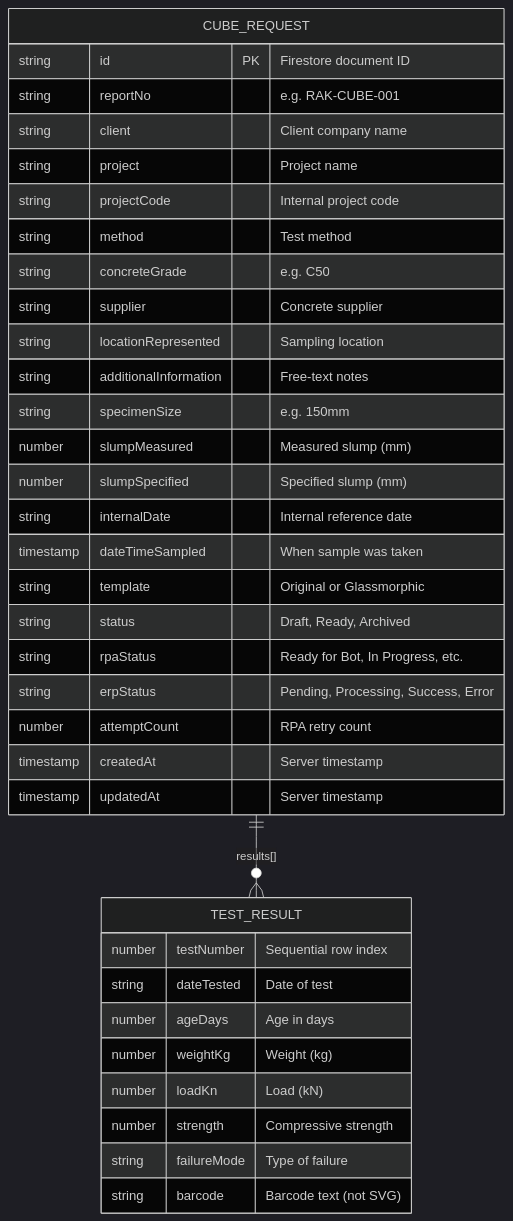
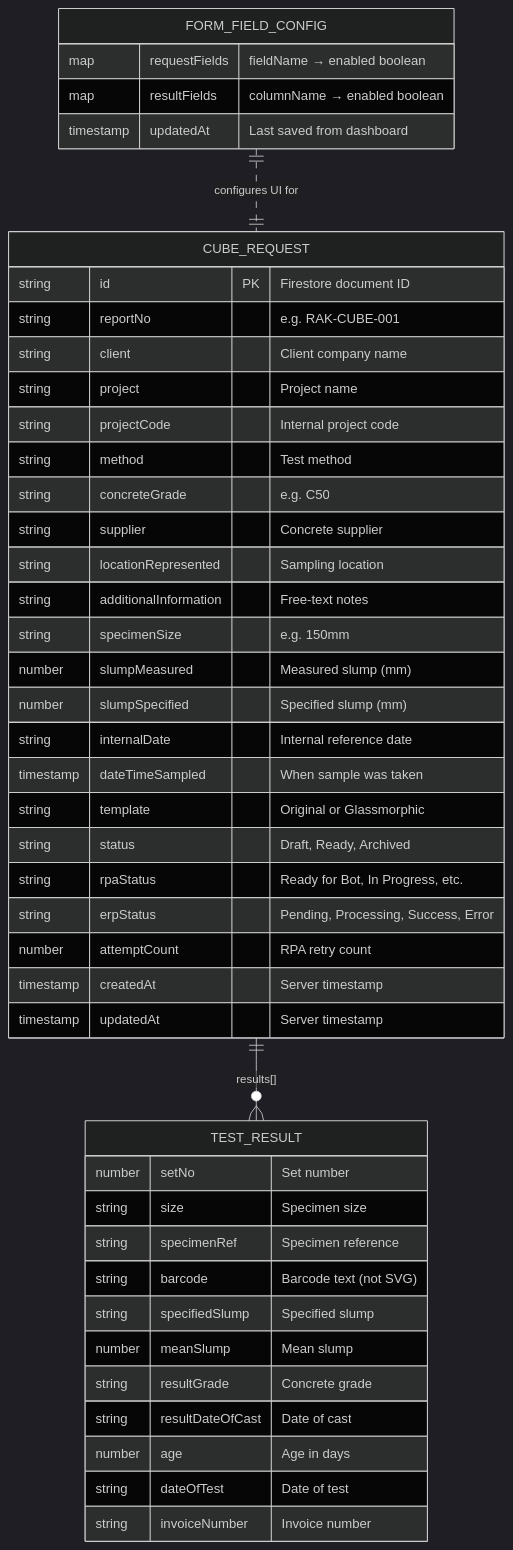
Before and after one commit to Yanguangchen/CubeSync: the ninth of 11 diagrams in architecture.md, drawn with Mermaid (dark theme). The commit also changed other lines of this file and 24 other files, not shown here.

````diff
--- a/architecture.md
+++ b/architecture.md
@@ -460,41 +467,50 @@
 ```mermaid
 erDiagram
     CUBE_REQUEST {
         string id PK "Firestore document ID"
         string reportNo "e.g. RAK-CUBE-001"
         string client "Client company name"
         string project "Project name"
         string projectCode "Internal project code"
         string method "Test method"
         string concreteGrade "e.g. C50"
         string supplier "Concrete supplier"
         string locationRepresented "Sampling location"
         string additionalInformation "Free-text notes"
         string specimenSize "e.g. 150mm"
         number slumpMeasured "Measured slump (mm)"
         number slumpSpecified "Specified slump (mm)"
         string internalDate "Internal reference date"
         timestamp dateTimeSampled "When sample was taken"
         string template "Original or Glassmorphic"
         string status "Draft, Ready, Archived"
         string rpaStatus "Ready for Bot, In Progress, etc."
         string erpStatus "Pending, Processing, Success, Error"
         number attemptCount "RPA retry count"
         timestamp createdAt "Server timestamp"
         timestamp updatedAt "Server timestamp"
     }
 
     TEST_RESULT {
-        number testNumber "Sequential row index"
+        number setNo "Set number"
+        string size "Specimen size"
+        string specimenRef "Specimen reference"
+        string barcode "Barcode text (not SVG)"
+        string specifiedSlump "Specified slump"
+        number meanSlump "Mean slump"
+        string resultGrade "Concrete grade"
+        string resultDateOfCast "Date of cast"
+        number age "Age in days"
+        string dateOfTest "Date of test"
+        string invoiceNumber "Invoice number"
+    }
 
-        string dateTested "Date of test"
-        number ageDays "Age in days"
-        number weightKg "Weight (kg)"
-        number loadKn "Load (kN)"
-        number strength "Compressive strength"
-        string failureMode "Type of failure"
-        string barcode "Barcode text (not SVG)"
+    FORM_FIELD_CONFIG {
+        map requestFields "fieldName → enabled boolean"
+        map resultFields "columnName → enabled boolean"
+        timestamp updatedAt "Last saved from dashboard"
     }
 
     CUBE_REQUEST ||--o{ TEST_RESULT : "results[]"
+    FORM_FIELD_CONFIG ||..|| CUBE_REQUEST : "configures UI for"
 ```
````
